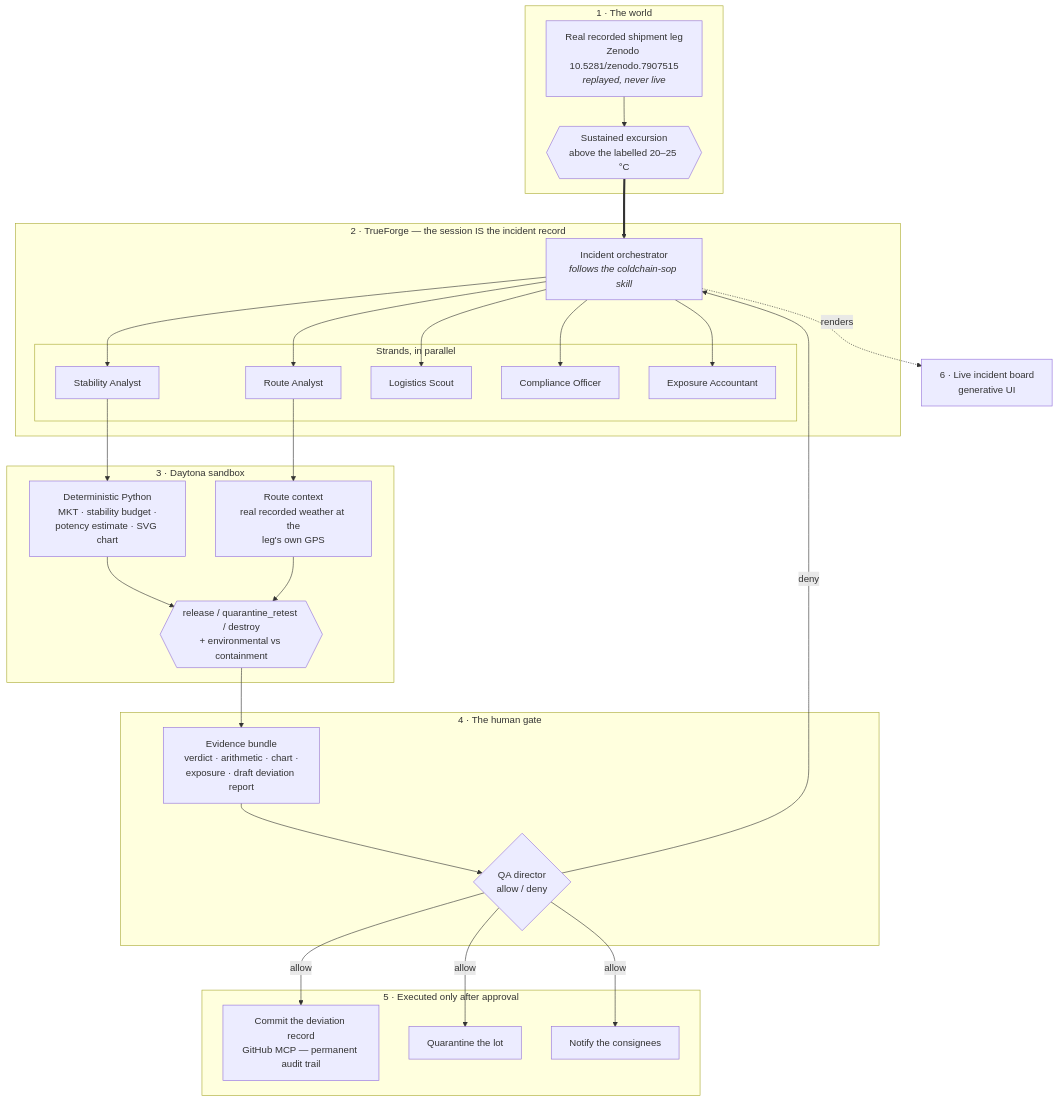
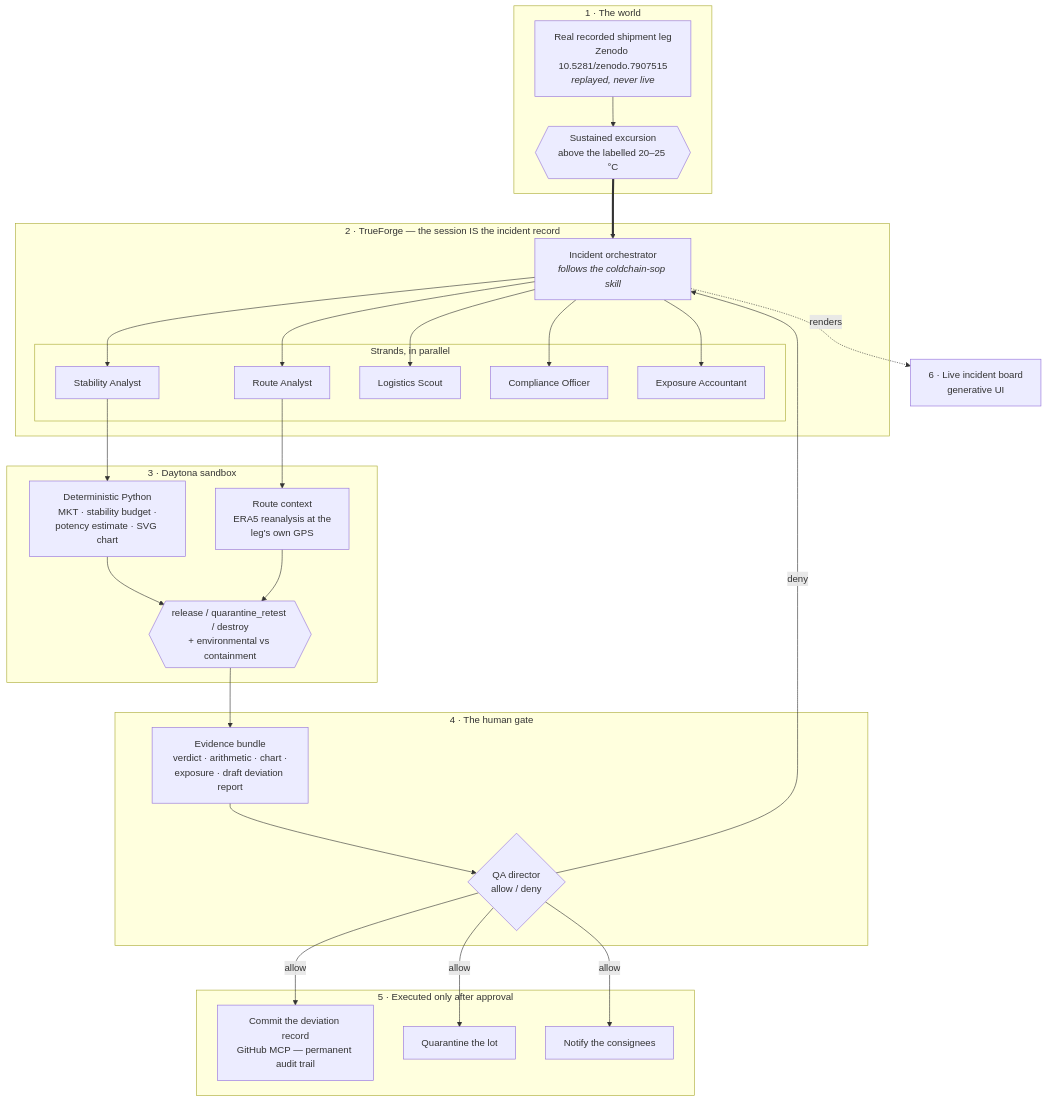
One commit to Mulaydm10/ColdCall changed the diagram in README.md. Above: the diagram before and after it, drawn with Mermaid. The commit also changed other lines of this file and 6 other files, not shown here.

````diff
--- a/README.md
+++ b/README.md
@@ -69,48 +69,48 @@
 ```mermaid
 flowchart TB
     subgraph W["1 · The world"]
         TEL["Real recorded shipment leg<br/>Zenodo 10.5281/zenodo.7907515<br/><i>replayed, never live</i>"]
         EXC{{"Sustained excursion<br/>above the labelled 20–25 °C"}}
         TEL --> EXC
     end
 
     subgraph H["2 · TrueForge — the session IS the incident record"]
         ORCH["Incident orchestrator<br/><i>follows the coldchain-sop skill</i>"]
         subgraph S["Strands, in parallel"]
             S1["Stability Analyst"]
             S5["Route Analyst"]
             S2["Logistics Scout"]
             S3["Compliance Officer"]
             S4["Exposure Accountant"]
         end
         ORCH --> S1 & S5 & S2 & S3 & S4
     end
 
     subgraph D["3 · Daytona sandbox"]
         MATH["Deterministic Python<br/>MKT · stability budget ·<br/>potency estimate · SVG chart"]
-        WHY["Route context<br/>real recorded weather at the<br/>leg's own GPS"]
+        WHY["Route context<br/>ERA5 reanalysis at the<br/>leg's own GPS"]
         V{{"release / quarantine_retest / destroy<br/>+ environmental vs containment"}}
         MATH --> V
         WHY --> V
     end
     S1 --> MATH
     S5 --> WHY
 
     subgraph G["4 · The human gate"]
         BUNDLE["Evidence bundle<br/>verdict · arithmetic · chart ·<br/>exposure · draft deviation report"]
         HUM{"QA director<br/>allow / deny"}
         BUNDLE --> HUM
     end
     V --> BUNDLE
 
     subgraph A["5 · Executed only after approval"]
         A1["Commit the deviation record<br/>GitHub MCP — permanent audit trail"]
         A2["Quarantine the lot"]
         A3["Notify the consignees"]
     end
     HUM -- allow --> A1 & A2 & A3
     HUM -- deny --> ORCH
 
     EXC ==> ORCH
     ORCH -.renders.-> BOARD["6 · Live incident board<br/>generative UI"]
 ```
````
